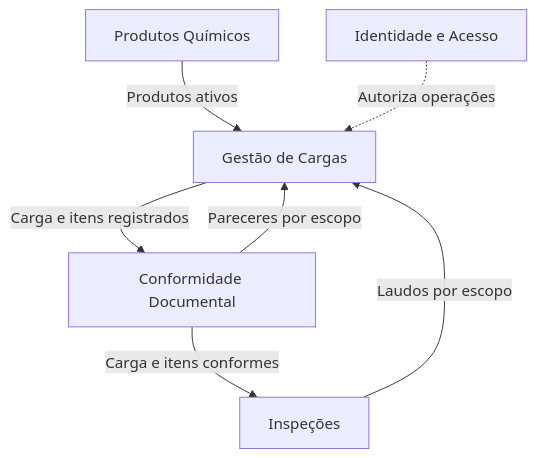
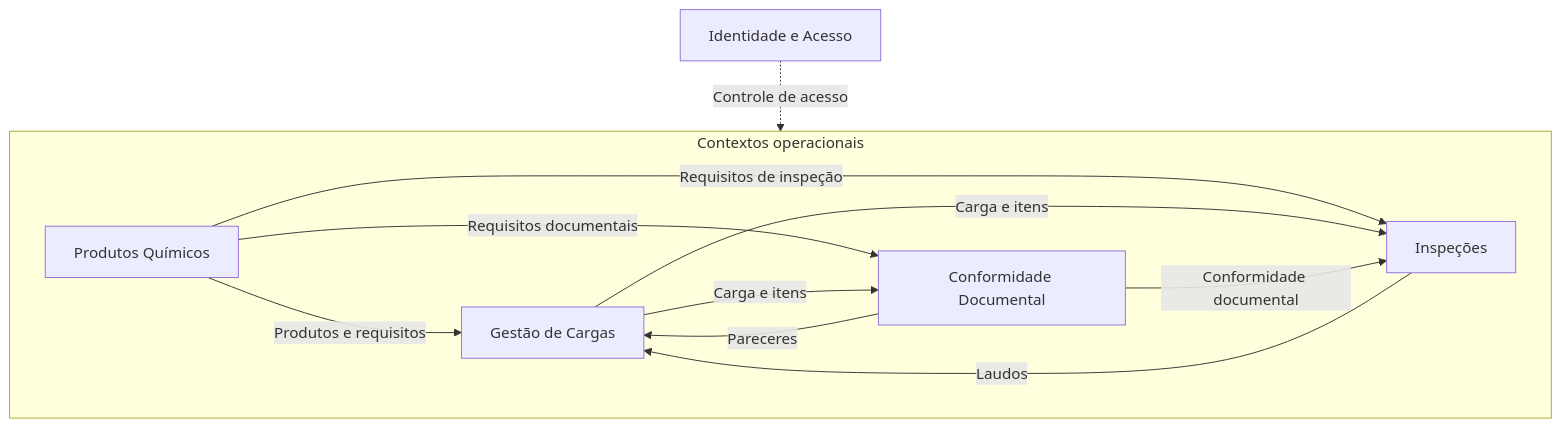
One commit to TechChallengeFiap/Quimovia changed the first of 6 diagrams in docs/02-modelagem-com-ddd.md. Above: the diagram before and after it, drawn with Mermaid. The commit also changed other lines of this file, not shown here.

````diff
--- a/docs/02-modelagem-com-ddd.md
+++ b/docs/02-modelagem-com-ddd.md
@@ -19,9 +21,14 @@
 ```mermaid
-flowchart TD
-    P["Produtos Químicos"] -->|Produtos ativos| C["Gestão de Cargas"]
-    C -->|Carga e itens registrados| D["Conformidade Documental"]
-    D -->|Carga e itens conformes| I["Inspeções"]
-    D -->|Pareceres por escopo| C
-    I -->|Laudos por escopo| C
-    A["Identidade e Acesso"] -.->|Autoriza operações| C
+flowchart TB
+    A["Identidade e Acesso"] -.->|Controle de acesso| O
+    subgraph O["Contextos operacionais"]
+        P["Produtos Químicos"] -->|Produtos e requisitos| C["Gestão de Cargas"]
+        P -->|Requisitos documentais| D["Conformidade Documental"]
+        P -->|Requisitos de inspeção| I["Inspeções"]
+        C -->|Carga e itens| D
+        C -->|Carga e itens| I
+        D -->|Conformidade documental| I
+        D -->|Pareceres| C
+        I -->|Laudos| C
+    end
 ```
````
